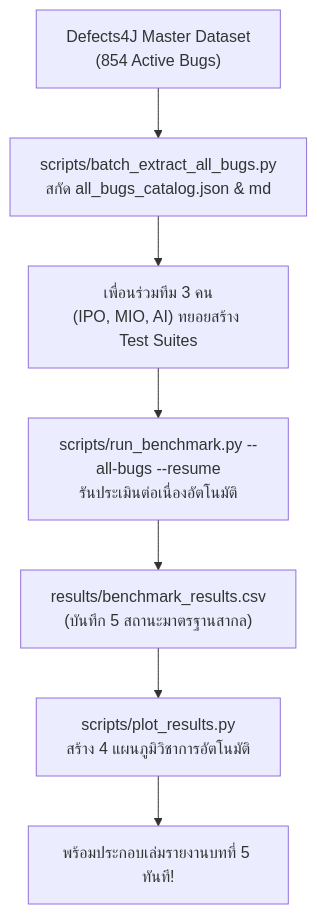
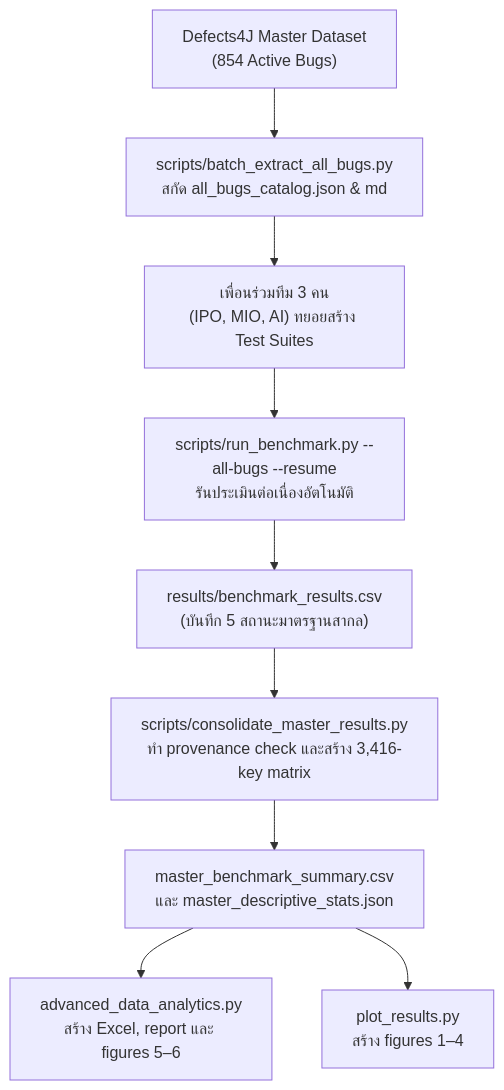
Before and after one commit to Bigzzz0/ProjectSQA: the fourth of 4 diagrams in TEAM_WORKFLOW_GUIDE.md, drawn with Mermaid. The commit also changed other lines of this file and 5104 other files, not shown here.

Commit message:
Complete Member 4 benchmark evaluation and report

````diff
--- a/TEAM_WORKFLOW_GUIDE.md
+++ b/TEAM_WORKFLOW_GUIDE.md
@@ -877,9 +881,11 @@
 ```mermaid
 flowchart TD
     D4J["Defects4J Master Dataset<br/>(854 Active Bugs)"] --> BatchExt["scripts/batch_extract_all_bugs.py<br/>สกัด all_bugs_catalog.json & md"]
     BatchExt --> Teammates["เพื่อนร่วมทีม 3 คน<br/>(IPO, MIO, AI) ทยอยสร้าง Test Suites"]
     Teammates --> AutoBench["scripts/run_benchmark.py --all-bugs --resume<br/>รันประเมินต่อเนื่องอัตโนมัติ"]
     AutoBench --> ResultCSV["results/benchmark_results.csv<br/>(บันทึก 5 สถานะมาตรฐานสากล)"]
-    ResultCSV --> Plotter["scripts/plot_results.py<br/>สร้าง 4 แผนภูมิวิชาการอัตโนมัติ"]
-    Plotter --> Report["พร้อมประกอบเล่มรายงานบทที่ 5 ทันที!"]
+    ResultCSV --> Consolidator["scripts/consolidate_master_results.py<br/>ทำ provenance check และสร้าง 3,416-key matrix"]
+    Consolidator --> Master["master_benchmark_summary.csv<br/>และ master_descriptive_stats.json"]
+    Master --> Analytics["advanced_data_analytics.py<br/>สร้าง Excel, report และ figures 5–6"]
+    Master --> Plotter["plot_results.py<br/>สร้าง figures 1–4"]
 ```
````
